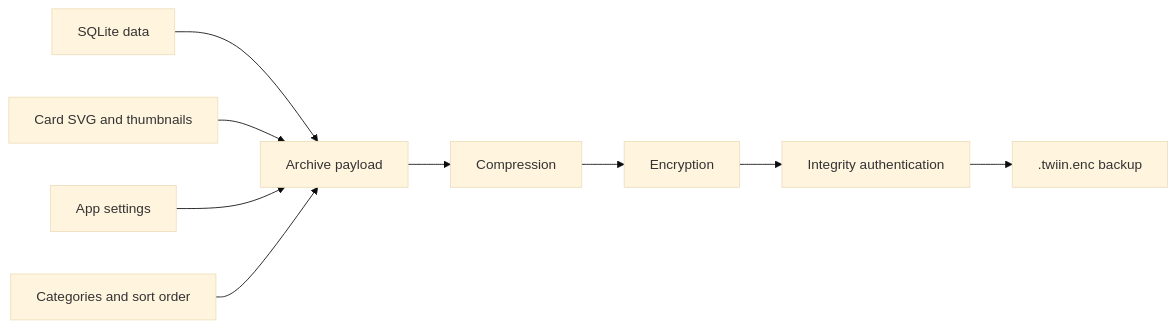
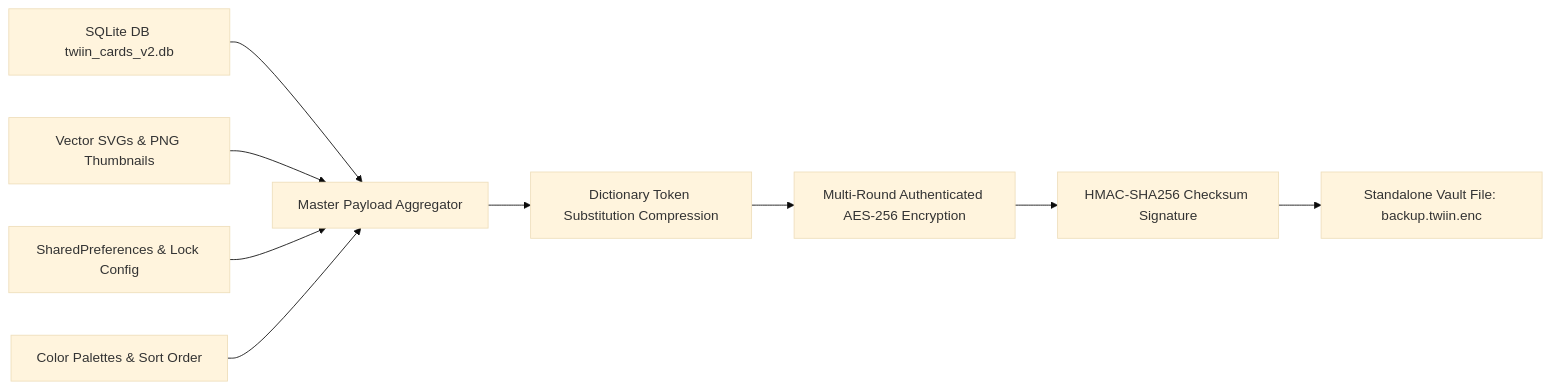
One commit to sanjay434343/Twiin changed the first of 2 diagrams in README.md. Above: the diagram before and after it, drawn with Mermaid (base theme). The commit also changed other lines of this file, not shown here.

````diff
--- a/README.md
+++ b/README.md
@@ -308,11 +269,12 @@
 ```mermaid
 flowchart LR
-    A[SQLite data] --> E[Archive payload]
-    B[Card SVG and thumbnails] --> E
-    C[App settings] --> E
-    D[Categories and sort order] --> E
-    E --> F[Compression]
-    F --> G[Encryption]
-    G --> H[Integrity authentication]
-    H --> I[.twiin.enc backup]
+    A[SQLite DB twiin_cards_v2.db] --> E[Master Payload Aggregator]
+    B[Vector SVGs & PNG Thumbnails] --> E
+    C[SharedPreferences & Lock Config] --> E
+    D[Color Palettes & Sort Order] --> E
+    
+    E --> F[Dictionary Token Substitution Compression]
+    F --> G[Multi-Round Authenticated AES-256 Encryption]
+    G --> H[HMAC-SHA256 Checksum Signature]
+    H --> I[Standalone Vault File: backup.twiin.enc]
 ```
````
